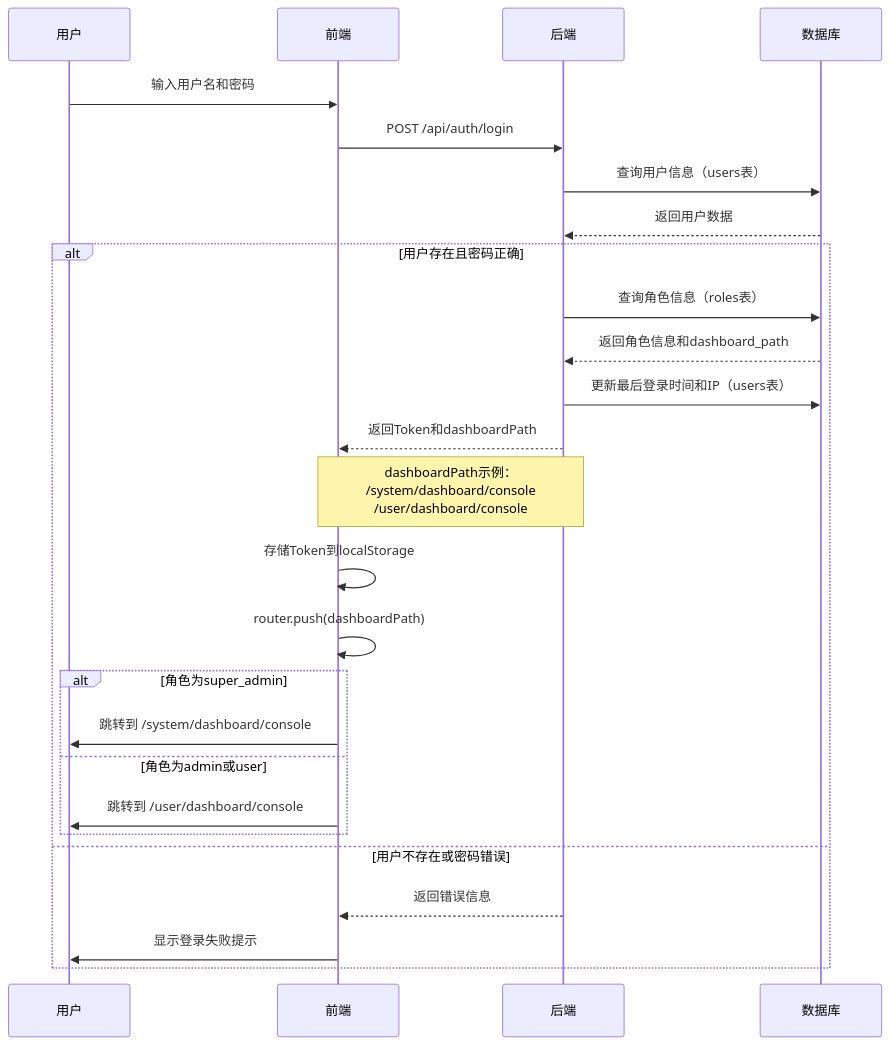
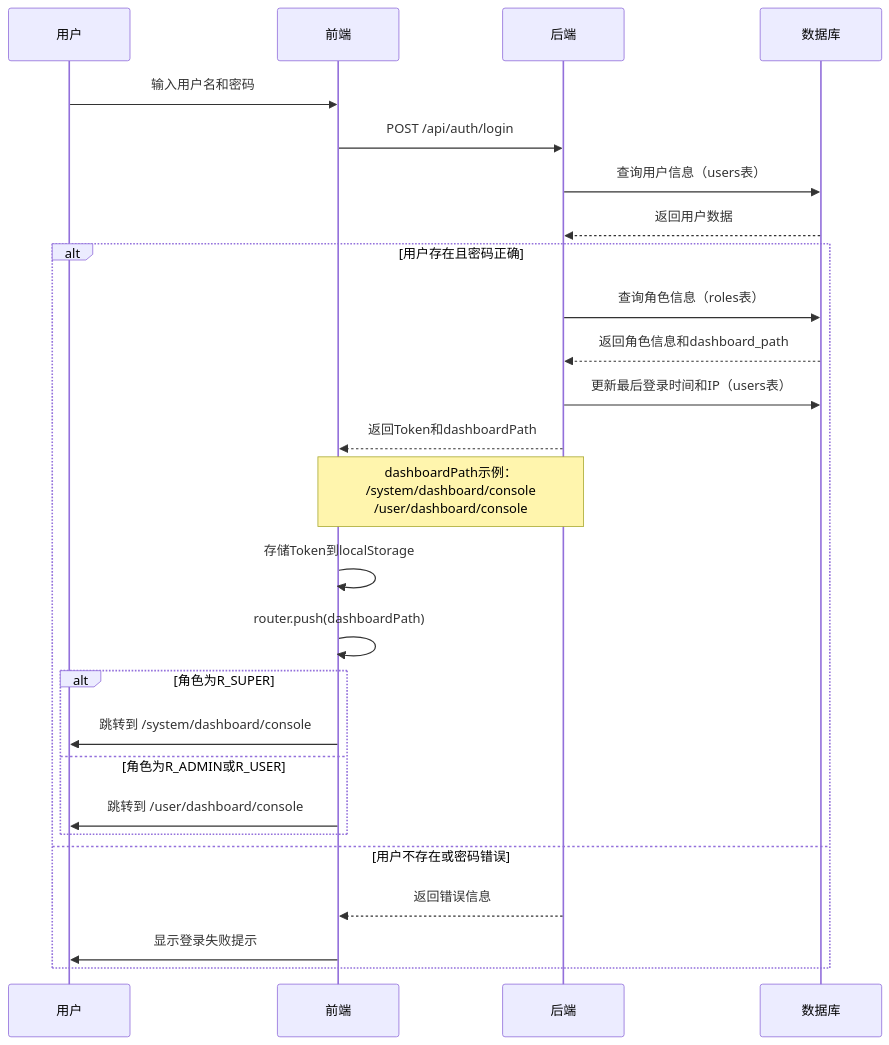
The second of 8 diagrams in .qoder/quests/database-structure-design.md (zengerai/art-design-pro), drawn with Mermaid before and after one commit. The commit also changed other lines of this file and 13 other files, not shown here.

````diff
--- a/.qoder/quests/database-structure-design.md
+++ b/.qoder/quests/database-structure-design.md
@@ -812,31 +812,31 @@
 ```mermaid
 sequenceDiagram
     participant U as 用户
     participant F as 前端
     participant B as 后端
     participant D as 数据库
 
     U->>F: 输入用户名和密码
     F->>B: POST /api/auth/login
     B->>D: 查询用户信息（users表）
     D-->>B: 返回用户数据
 
     alt 用户存在且密码正确
         B->>D: 查询角色信息（roles表）
         D-->>B: 返回角色信息和dashboard_path
         B->>D: 更新最后登录时间和IP（users表）
         B-->>F: 返回Token和dashboardPath
         Note over B,F: dashboardPath示例：<br/>/system/dashboard/console<br/>/user/dashboard/console
         F->>F: 存储Token到localStorage
         F->>F: router.push(dashboardPath)
 
-        alt 角色为super_admin
+        alt 角色为R_SUPER
             F->>U: 跳转到 /system/dashboard/console
-        else 角色为admin或user
+        else 角色为R_ADMIN或R_USER
             F->>U: 跳转到 /user/dashboard/console
         end
     else 用户不存在或密码错误
         B-->>F: 返回错误信息
         F->>U: 显示登录失败提示
     end
 ```
````
